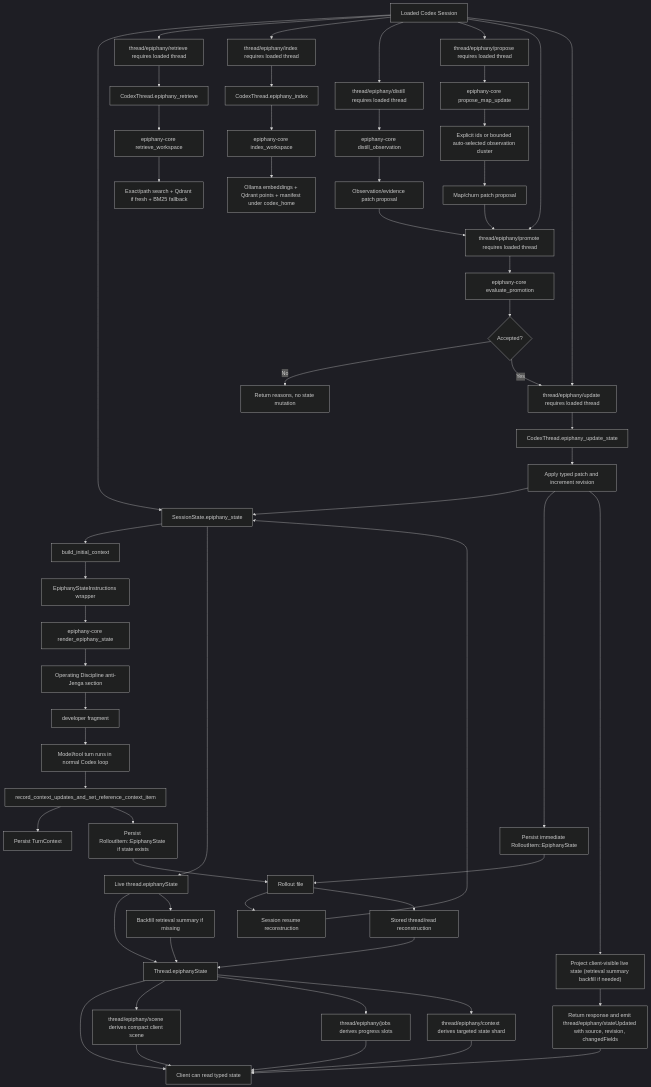
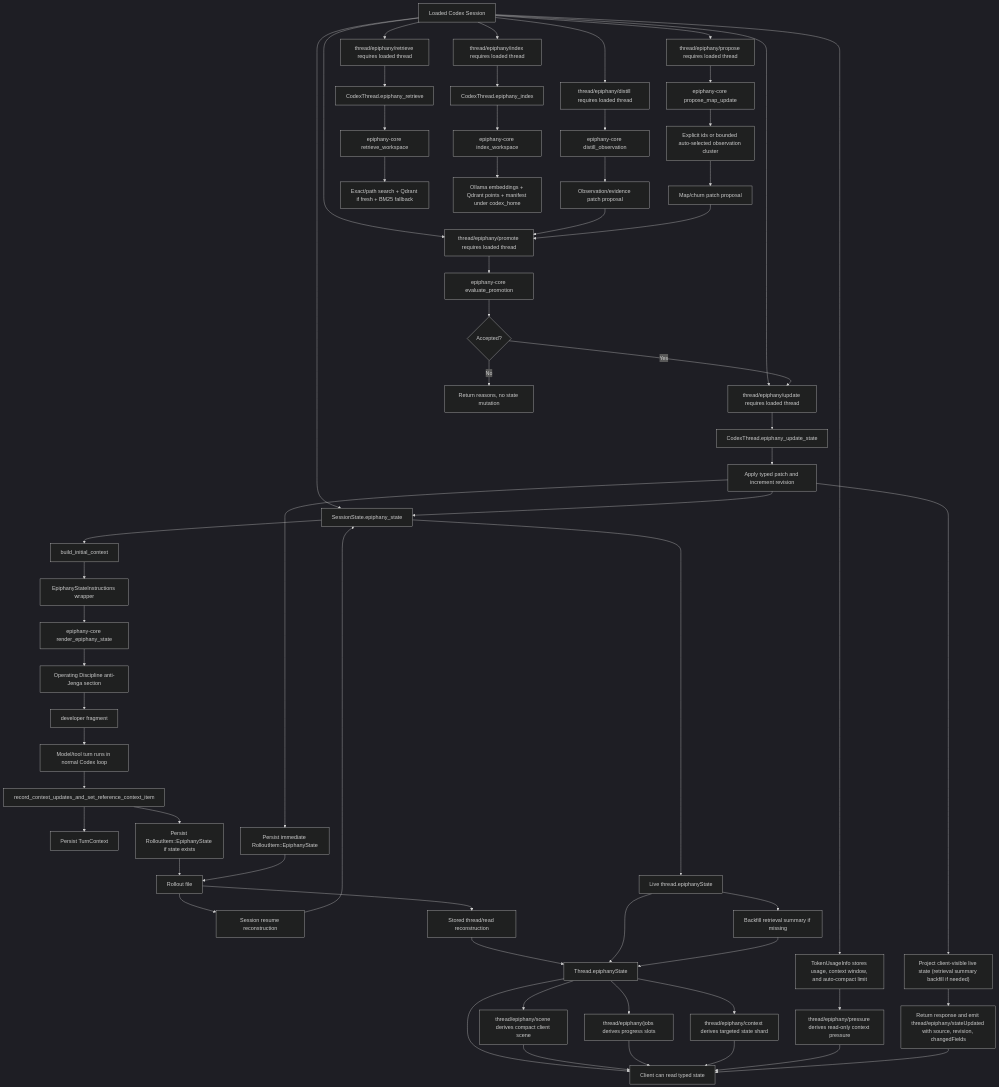
The diagram in notes/epiphany-current-algorithmic-map.md (GameCult/Epiphany), drawn with Mermaid (dark theme) before and after one commit. The commit also changed other lines of this file and 40 other files, not shown here.

Commit message:
Add Epiphany pressure reflection

````diff
--- a/notes/epiphany-current-algorithmic-map.md
+++ b/notes/epiphany-current-algorithmic-map.md
@@ -41,60 +42,63 @@
 ```mermaid
 flowchart TD
     A["Loaded Codex Session"] --> B["SessionState.epiphany_state"]
     B --> C["build_initial_context"]
     C --> D["EpiphanyStateInstructions wrapper"]
     D --> E["epiphany-core render_epiphany_state"]
     E --> EA["Operating Discipline anti-Jenga section"]
     EA --> F["<epiphany_state> developer fragment"]
     F --> G["Model/tool turn runs in normal Codex loop"]
     G --> H["record_context_updates_and_set_reference_context_item"]
     H --> I["Persist TurnContext"]
     H --> J["Persist RolloutItem::EpiphanyState if state exists"]
     J --> K["Rollout file"]
     K --> L["Session resume reconstruction"]
     L --> B
     K --> M["Stored thread/read reconstruction"]
     M --> N["Thread.epiphanyState"]
     B --> O["Live thread.epiphanyState"]
     O --> N
     O --> P["Backfill retrieval summary if missing"]
     P --> N
     N --> Q["Client can read typed state"]
     N --> QS["thread/epiphany/scene derives compact client scene"]
     QS --> Q
     N --> QJ["thread/epiphany/jobs derives progress slots"]
     QJ --> Q
     N --> QC["thread/epiphany/context derives targeted state shard"]
     QC --> Q
+    A --> QP["TokenUsageInfo stores usage, context window, and auto-compact limit"]
+    QP --> QQ["thread/epiphany/pressure derives read-only context pressure"]
+    QQ --> Q
     A --> R["thread/epiphany/retrieve requires loaded thread"]
     A --> S["thread/epiphany/index requires loaded thread"]
     A --> AA["thread/epiphany/distill requires loaded thread"]
     A --> AH["thread/epiphany/propose requires loaded thread"]
     A --> AD["thread/epiphany/promote requires loaded thread"]
     A --> Z["thread/epiphany/update requires loaded thread"]
     AA --> AB["epiphany-core distill_observation"]
     AB --> AC["Observation/evidence patch proposal"]
     AC --> AD
     AH --> AI["epiphany-core propose_map_update"]
     AI --> AIA["Explicit ids or bounded auto-selected observation cluster"]
     AIA --> AJ["Map/churn patch proposal"]
     AJ --> AD
     AD --> AE["epiphany-core evaluate_promotion"]
     AE --> AF{"Accepted?"}
     AF -->|"No"| AG["Return reasons, no state mutation"]
     AF -->|"Yes"| Z
     R --> T["CodexThread.epiphany_retrieve"]
     S --> U["CodexThread.epiphany_index"]
     Z --> ZA["CodexThread.epiphany_update_state"]
     ZA --> ZB["Apply typed patch and increment revision"]
     ZB --> B
     ZB --> ZC["Persist immediate RolloutItem::EpiphanyState"]
     ZB --> ZD["Project client-visible live state (retrieval summary backfill if needed)"]
     ZD --> ZE["Return response and emit thread/epiphany/stateUpdated with source, revision, changedFields"]
     ZE --> Q
     ZC --> K
     T --> V["epiphany-core retrieve_workspace"]
     U --> W["epiphany-core index_workspace"]
     V --> X["Exact/path search + Qdrant if fresh + BM25 fallback"]
     W --> Y["Ollama embeddings + Qdrant points + manifest under codex_home"]
 ```
````
